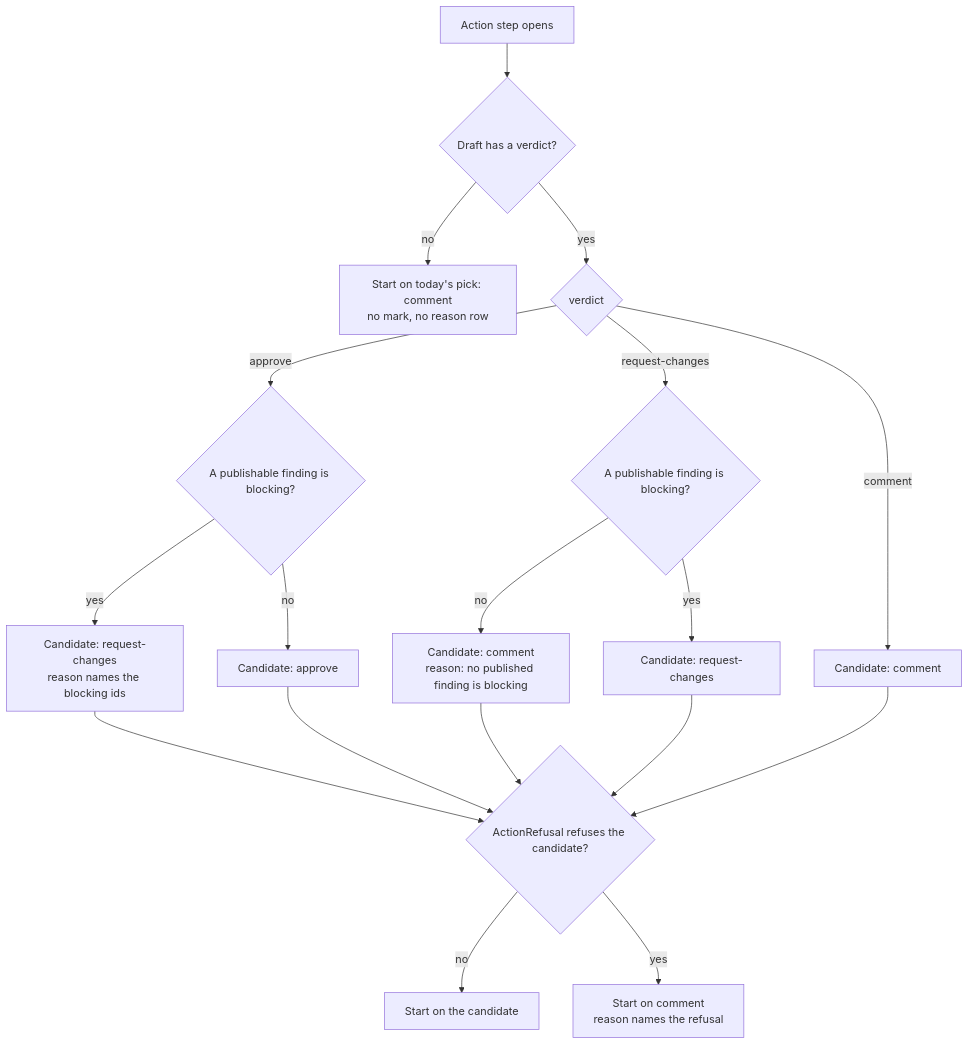
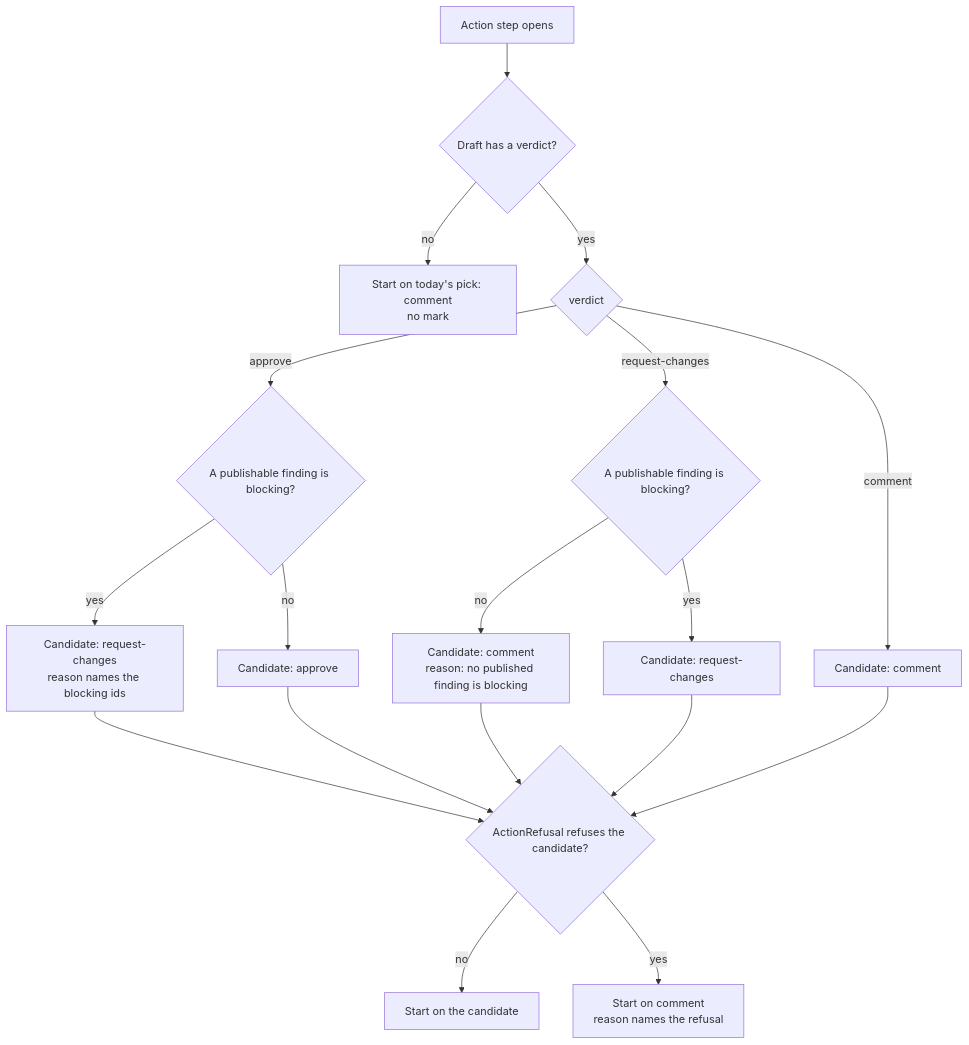
The diagram in specs/059-recommended-verdict/spec.md (secondshift-labs/loupe), drawn with Mermaid before and after one commit. The commit also changed other lines of this file and 13 other files, not shown here.

First line of the commit message:
feat(tui): put the verdict's reason on its own row in the publish step

````diff
--- a/specs/059-recommended-verdict/spec.md
+++ b/specs/059-recommended-verdict/spec.md
@@ -51,20 +55,20 @@
 ```mermaid
 flowchart TD
     A[Action step opens] --> B{Draft has a verdict?}
-    B -- no --> C[Start on today's pick: comment<br/>no mark, no reason row]
+    B -- no --> C[Start on today's pick: comment<br/>no mark]
     B -- yes --> D{verdict}
     D -- approve --> E{A publishable finding is blocking?}
     E -- yes --> F[Candidate: request-changes<br/>reason names the blocking ids]
     E -- no --> G[Candidate: approve]
     D -- request-changes --> H{A publishable finding is blocking?}
     H -- no --> I[Candidate: comment<br/>reason: no published finding is blocking]
     H -- yes --> J[Candidate: request-changes]
     D -- comment --> K[Candidate: comment]
     F --> L{ActionRefusal refuses the candidate?}
     G --> L
     I --> L
     J --> L
     K --> L
     L -- no --> M[Start on the candidate]
     L -- yes --> N[Start on comment<br/>reason names the refusal]
 ```
````
